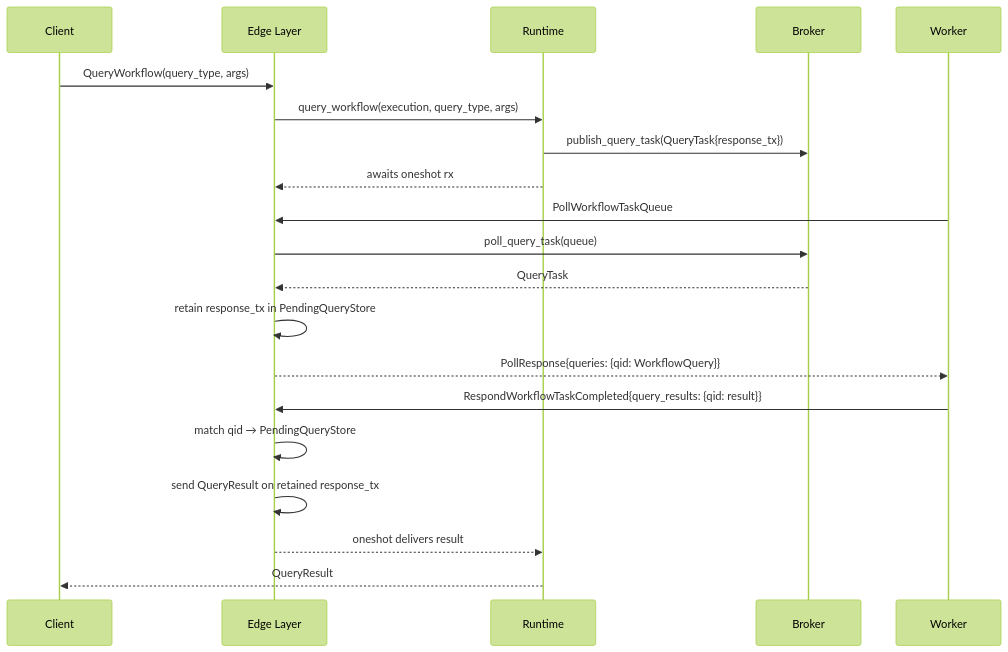
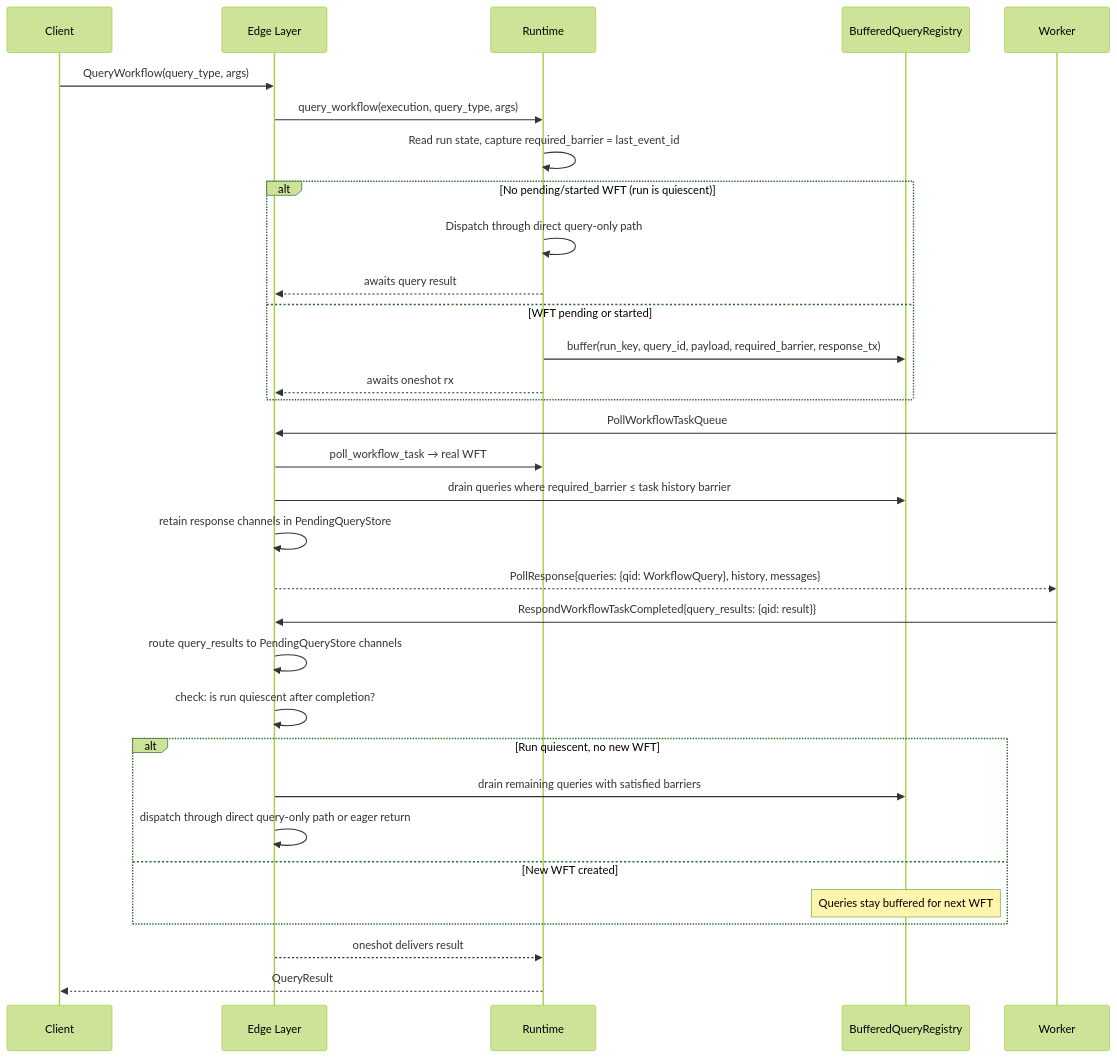
Before and after one commit to tokeira/tokeira: the first of 2 diagrams in .kiro/specs/edge-query-update-transport/design.md, drawn with Mermaid (forest theme). The commit also changed other lines of this file and 68 other files, not shown here.

````diff
--- a/.kiro/specs/edge-query-update-transport/design.md
+++ b/.kiro/specs/edge-query-update-transport/design.md
@@ -24,25 +31,40 @@
 ```mermaid
 sequenceDiagram
     participant Client
     participant Edge as Edge Layer
     participant Runtime
-    participant Broker
+    participant Registry as BufferedQueryRegistry
     participant Worker
 
     Client->>Edge: QueryWorkflow(query_type, args)
     Edge->>Runtime: query_workflow(execution, query_type, args)
-    Runtime->>Broker: publish_query_task(QueryTask{response_tx})
-    Runtime-->>Edge: awaits oneshot rx
+    Runtime->>Runtime: Read run state, capture required_barrier = last_event_id
+
+    alt No pending/started WFT (run is quiescent)
+        Runtime->>Runtime: Dispatch through direct query-only path
+        Runtime-->>Edge: awaits query result
+    else WFT pending or started
+        Runtime->>Registry: buffer(run_key, query_id, payload, required_barrier, response_tx)
+        Runtime-->>Edge: awaits oneshot rx
+    end
 
     Worker->>Edge: PollWorkflowTaskQueue
-    Edge->>Broker: poll_query_task(queue)
-    Broker-->>Edge: QueryTask
-    Edge->>Edge: retain response_tx in PendingQueryStore
-    Edge-->>Worker: PollResponse{queries: {qid: WorkflowQuery}}
+    Edge->>Runtime: poll_workflow_task → real WFT
+    Edge->>Registry: drain queries where required_barrier ≤ task history barrier
+    Edge->>Edge: retain response channels in PendingQueryStore
+    Edge-->>Worker: PollResponse{queries: {qid: WorkflowQuery}, history, messages}
 
     Worker->>Edge: RespondWorkflowTaskCompleted{query_results: {qid: result}}
-    Edge->>Edge: match qid → PendingQueryStore
-    Edge->>Edge: send QueryResult on retained response_tx
+    Edge->>Edge: route query_results to PendingQueryStore channels
+    Edge->>Edge: check: is run quiescent after completion?
+
+    alt Run quiescent, no new WFT
+        Edge->>Registry: drain remaining queries with satisfied barriers
+        Edge->>Edge: dispatch through direct query-only path or eager return
+    else New WFT created
+        Note over Registry: Queries stay buffered for next WFT
+    end
+
     Edge-->>Runtime: oneshot delivers result
     Runtime-->>Client: QueryResult
 ```
````
